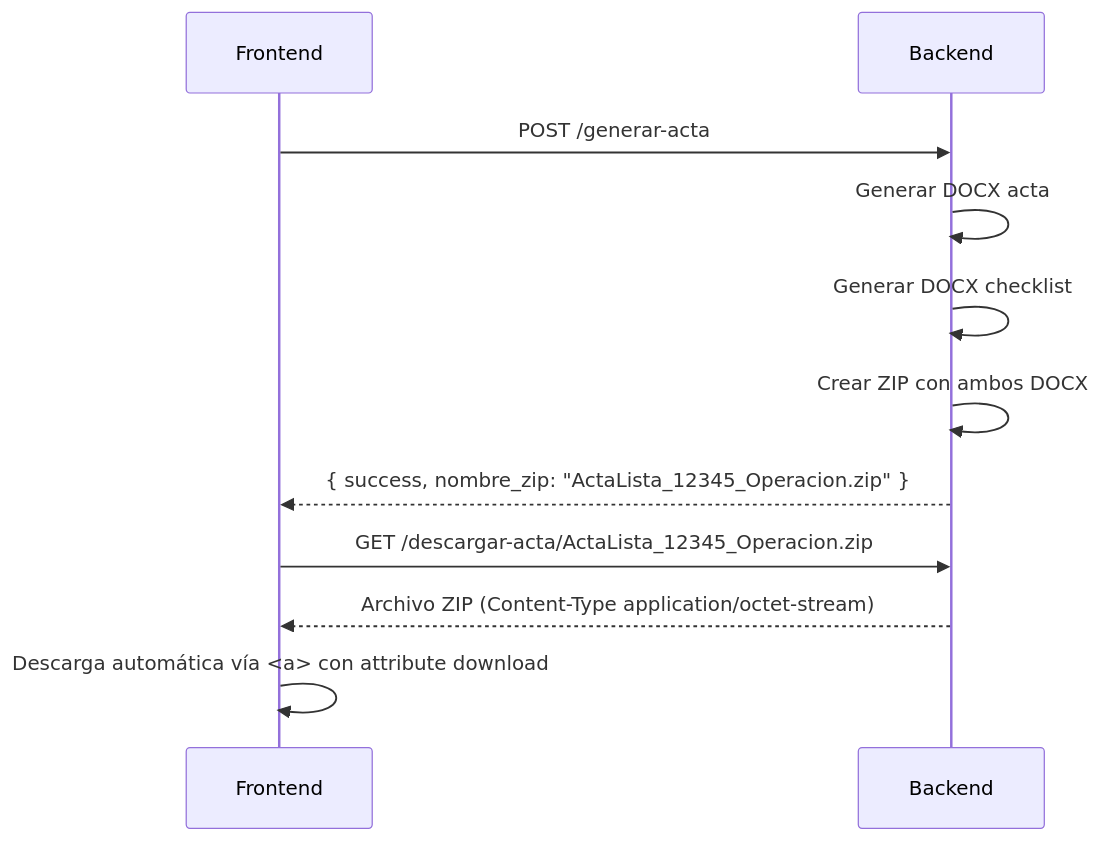
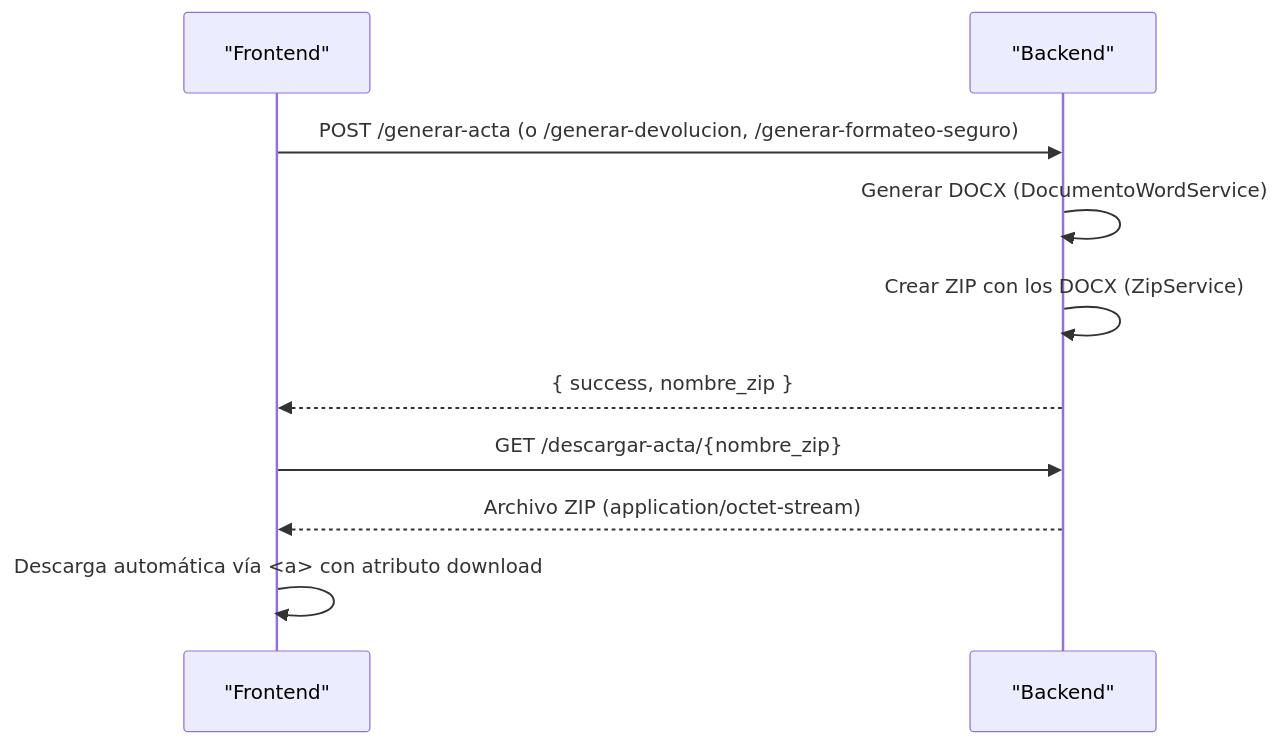
Before and after one commit to juanjosehc/actas-glpi: the sixth of 6 diagrams in ARQUITECTURA.md, drawn with Mermaid. The commit also changed other lines of this file and 11 other files, not shown here.

````diff
--- a/ARQUITECTURA.md
+++ b/ARQUITECTURA.md
@@ -336,15 +369,14 @@
 ```mermaid
 sequenceDiagram
-    participant U as Frontend
-    participant B as Backend
+    participant U as "Frontend"
+    participant B as "Backend"
 
-    U->>B: POST /generar-acta
-    B->>B: Generar DOCX acta
-    B->>B: Generar DOCX checklist
-    B->>B: Crear ZIP con ambos DOCX
-    B-->>U: { success, nombre_zip: "ActaLista_12345_Operacion.zip" }
+    U->>B: POST /generar-acta (o /generar-devolucion, /generar-formateo-seguro)
+    B->>B: Generar DOCX (DocumentoWordService)
+    B->>B: Crear ZIP con los DOCX (ZipService)
+    B-->>U: { success, nombre_zip }
 
-    U->>B: GET /descargar-acta/ActaLista_12345_Operacion.zip
-    B-->>U: Archivo ZIP (Content-Type application/octet-stream)
-    U->>U: Descarga automática vía <a> con attribute download
+    U->>B: GET /descargar-acta/{nombre_zip}
+    B-->>U: Archivo ZIP (application/octet-stream)
+    U->>U: Descarga automática vía <a> con atributo download
 ```
````
